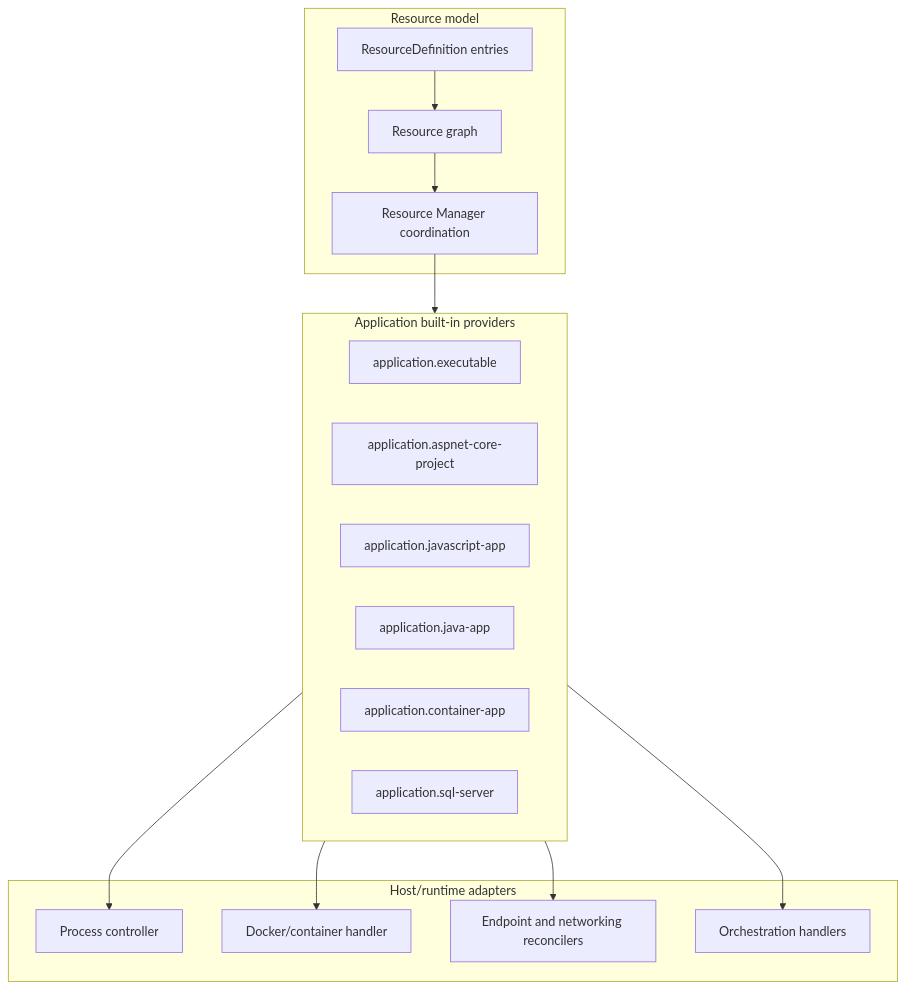
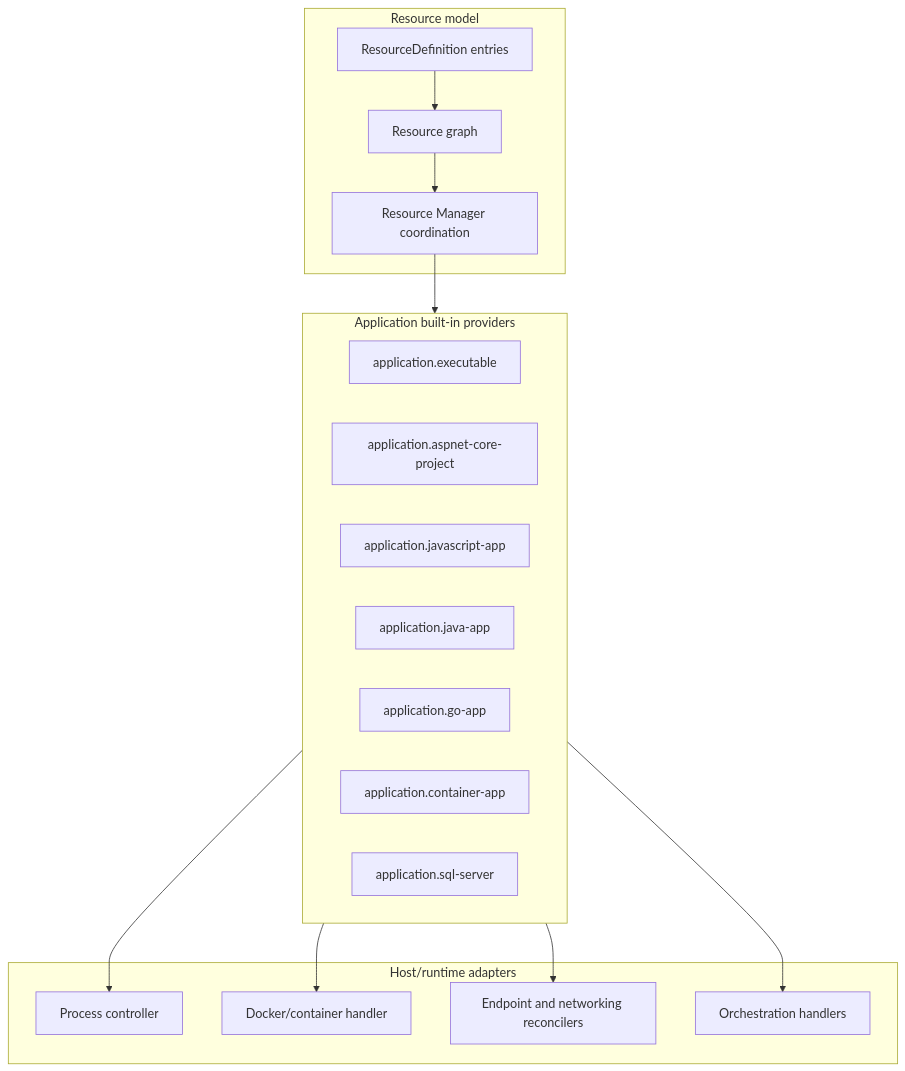
One commit to marinasundstrom/CloudShell changed the diagram in docs/resources/application-resources.md. Above: the diagram before and after it, drawn with Mermaid. The commit also changed other lines of this file and 30 other files, not shown here.

````diff
--- a/docs/resources/application-resources.md
+++ b/docs/resources/application-resources.md
@@ -62,32 +72,33 @@
 ```mermaid
 flowchart TB
     subgraph ResourceModel["Resource model"]
         Definition["ResourceDefinition entries"]
         Graph["Resource graph"]
         ResourceManager["Resource Manager coordination"]
     end
 
     subgraph Providers["Application built-in providers"]
         Executable["application.executable"]
         AspNet["application.aspnet-core-project"]
         JavaScript["application.javascript-app"]
         Java["application.java-app"]
+        Go["application.go-app"]
         Container["application.container-app"]
         SqlServer["application.sql-server"]
     end
 
     subgraph Runtime["Host/runtime adapters"]
         Process["Process controller"]
         Docker["Docker/container handler"]
         Network["Endpoint and networking reconcilers"]
         Orchestrator["Orchestration handlers"]
     end
 
     Definition --> Graph
     Graph --> ResourceManager
     ResourceManager --> Providers
     Providers --> Process
     Providers --> Docker
     Providers --> Network
     Providers --> Orchestrator
 ```
````
